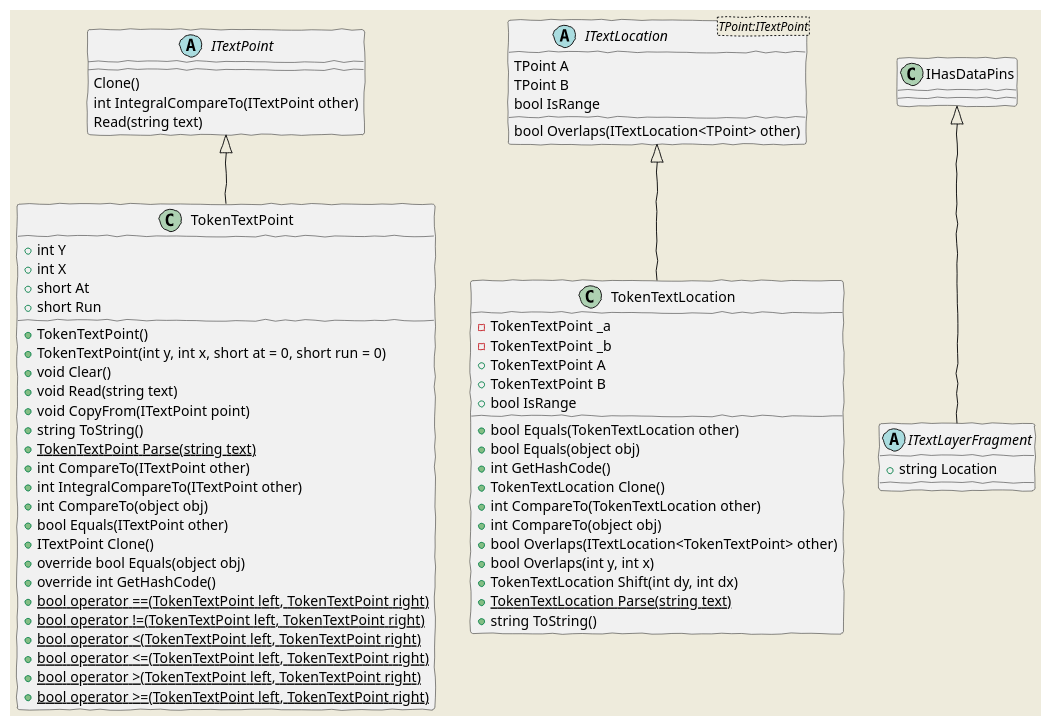
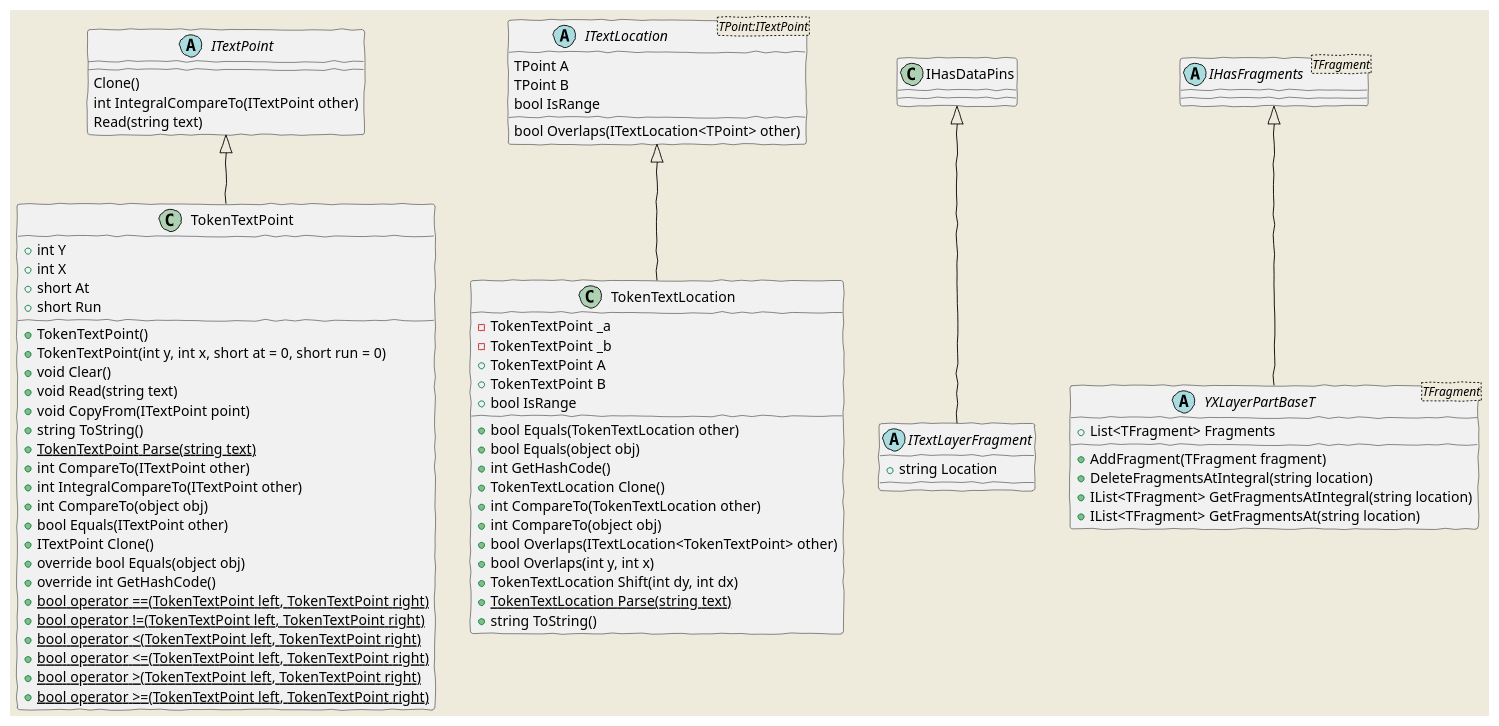
Before and after one commit to vedph/cadmus_core: the second of 4 diagrams in Doc/core.md, drawn with PlantUML. The commit also changed other lines of this file and 9 other files, not shown here.

````diff
--- a/Doc/core.md
+++ b/Doc/core.md
@@ -196,65 +203,75 @@
 ```plantuml
 @startuml
     skinparam backgroundColor #EEEBDC
     skinparam handwritten true
 
     abstract class ITextPoint
     ITextPoint : Clone()
     ITextPoint : int IntegralCompareTo(ITextPoint other)
     ITextPoint : Read(string text)
 
     abstract class "ITextLocation<TPoint:ITextPoint>" as ITextLocation
     ITextLocation : TPoint A
     ITextLocation : TPoint B
     ITextLocation : bool IsRange
     ITextLocation : bool Overlaps(ITextLocation<TPoint> other)
 
     abstract class ITextLayerFragment
     IHasDataPins <|-- ITextLayerFragment
     ITextLayerFragment : +string Location
 
     ITextPoint <|-- TokenTextPoint
     TokenTextPoint : +int Y
     TokenTextPoint : +int X
     TokenTextPoint : +short At
     TokenTextPoint : +short Run
     TokenTextPoint : +TokenTextPoint()
     TokenTextPoint : +TokenTextPoint(int y, int x, short at = 0, short run = 0)
     TokenTextPoint : +void Clear()
     TokenTextPoint : +void Read(string text)
     TokenTextPoint : +void CopyFrom(ITextPoint point)
     TokenTextPoint : +string ToString()
     TokenTextPoint : +{static} TokenTextPoint Parse(string text)
     TokenTextPoint : +int CompareTo(ITextPoint other)
     TokenTextPoint : +int IntegralCompareTo(ITextPoint other)
     TokenTextPoint : +int CompareTo(object obj)
     TokenTextPoint : +bool Equals(ITextPoint other)
     TokenTextPoint : +ITextPoint Clone()
     TokenTextPoint : +override bool Equals(object obj)
     TokenTextPoint : +override int GetHashCode()
     TokenTextPoint : +{static} bool operator ==(TokenTextPoint left, TokenTextPoint right)
     TokenTextPoint : +{static} bool operator !=(TokenTextPoint left, TokenTextPoint right)
     TokenTextPoint : +{static} bool operator <(TokenTextPoint left, TokenTextPoint right)
     TokenTextPoint : +{static} bool operator <=(TokenTextPoint left, TokenTextPoint right)
     TokenTextPoint : +{static} bool operator >(TokenTextPoint left, TokenTextPoint right)
     TokenTextPoint : +{static} bool operator >=(TokenTextPoint left, TokenTextPoint right)
 
     ITextLocation <|-- TokenTextLocation
     TokenTextLocation : -TokenTextPoint _a
     TokenTextLocation : -TokenTextPoint _b
     TokenTextLocation : +TokenTextPoint A
     TokenTextLocation : +TokenTextPoint B
     TokenTextLocation : +bool IsRange
     TokenTextLocation : +bool Equals(TokenTextLocation other)
     TokenTextLocation : +bool Equals(object obj)
     TokenTextLocation : +int GetHashCode()
     TokenTextLocation : +TokenTextLocation Clone()
     TokenTextLocation : +int CompareTo(TokenTextLocation other)
     TokenTextLocation : +int CompareTo(object obj)
     TokenTextLocation : +bool Overlaps(ITextLocation<TokenTextPoint> other)
     TokenTextLocation : +bool Overlaps(int y, int x)
     TokenTextLocation : +TokenTextLocation Shift(int dy, int dx)
     TokenTextLocation : +{static} TokenTextLocation Parse(string text)
     TokenTextLocation : +string ToString()
+
+    abstract class "IHasFragments<TFragment>" as IHasFragmentsT
+
+    IHasFragmentsT <|-- YXLayerPartBaseT
+    abstract class "YXLayerPartBase<TFragment>" as YXLayerPartBaseT
+    YXLayerPartBaseT : +List<TFragment> Fragments
+    YXLayerPartBaseT : +AddFragment(TFragment fragment)
+    YXLayerPartBaseT : +DeleteFragmentsAtIntegral(string location)
+    YXLayerPartBaseT : +IList<TFragment> GetFragmentsAtIntegral(string location)
+    YXLayerPartBaseT : +IList<TFragment> GetFragmentsAt(string location)
 @enduml
 ```
````
